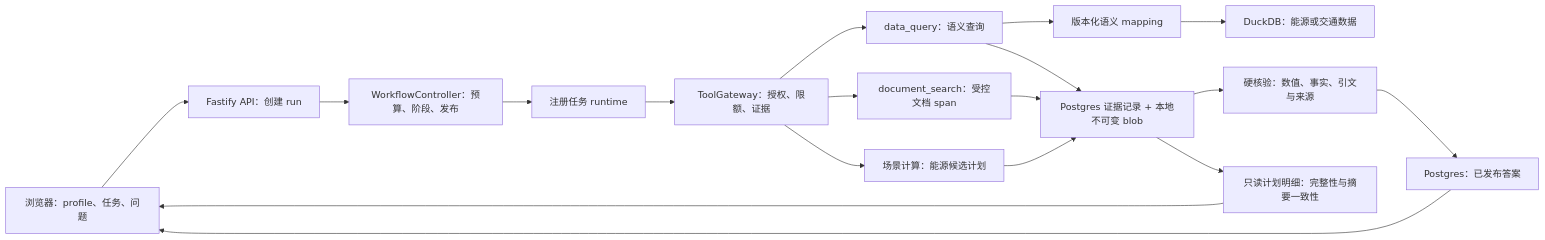
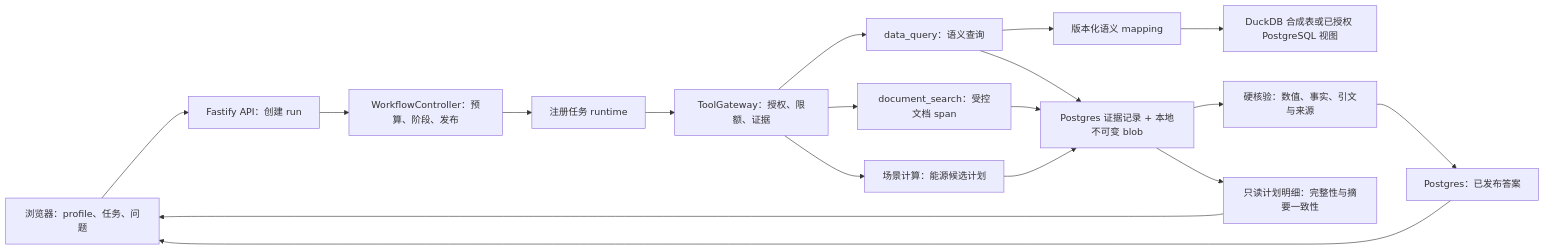
Before and after one commit to Yijtu/ontology: the diagram in README.md, drawn with Mermaid. The commit also changed other lines of this file and 2 other files, not shown here.

````diff
--- a/README.md
+++ b/README.md
@@ -122,20 +128,20 @@
 ```mermaid
 flowchart LR
   UI[浏览器：profile、任务、问题] --> API[Fastify API：创建 run]
   API --> CTRL[WorkflowController：预算、阶段、发布]
   CTRL --> RT[注册任务 runtime]
   RT --> GW[ToolGateway：授权、限额、证据]
   GW --> Q[data_query：语义查询]
   Q --> MAP[版本化语义 mapping]
-  MAP --> DB[DuckDB：能源或交通数据]
+  MAP --> DB[DuckDB 合成表或已授权 PostgreSQL 视图]
   GW --> D[document_search：受控文档 span]
   GW --> C[场景计算：能源候选计划]
   Q --> EV[Postgres 证据记录 + 本地不可变 blob]
   D --> EV
   C --> EV
   EV --> VERIFY[硬核验：数值、事实、引文与来源]
   VERIFY --> ANSWER[Postgres：已发布答案]
   ANSWER --> UI
   EV --> DETAIL[只读计划明细：完整性与摘要一致性]
   DETAIL --> UI
 ```
````
